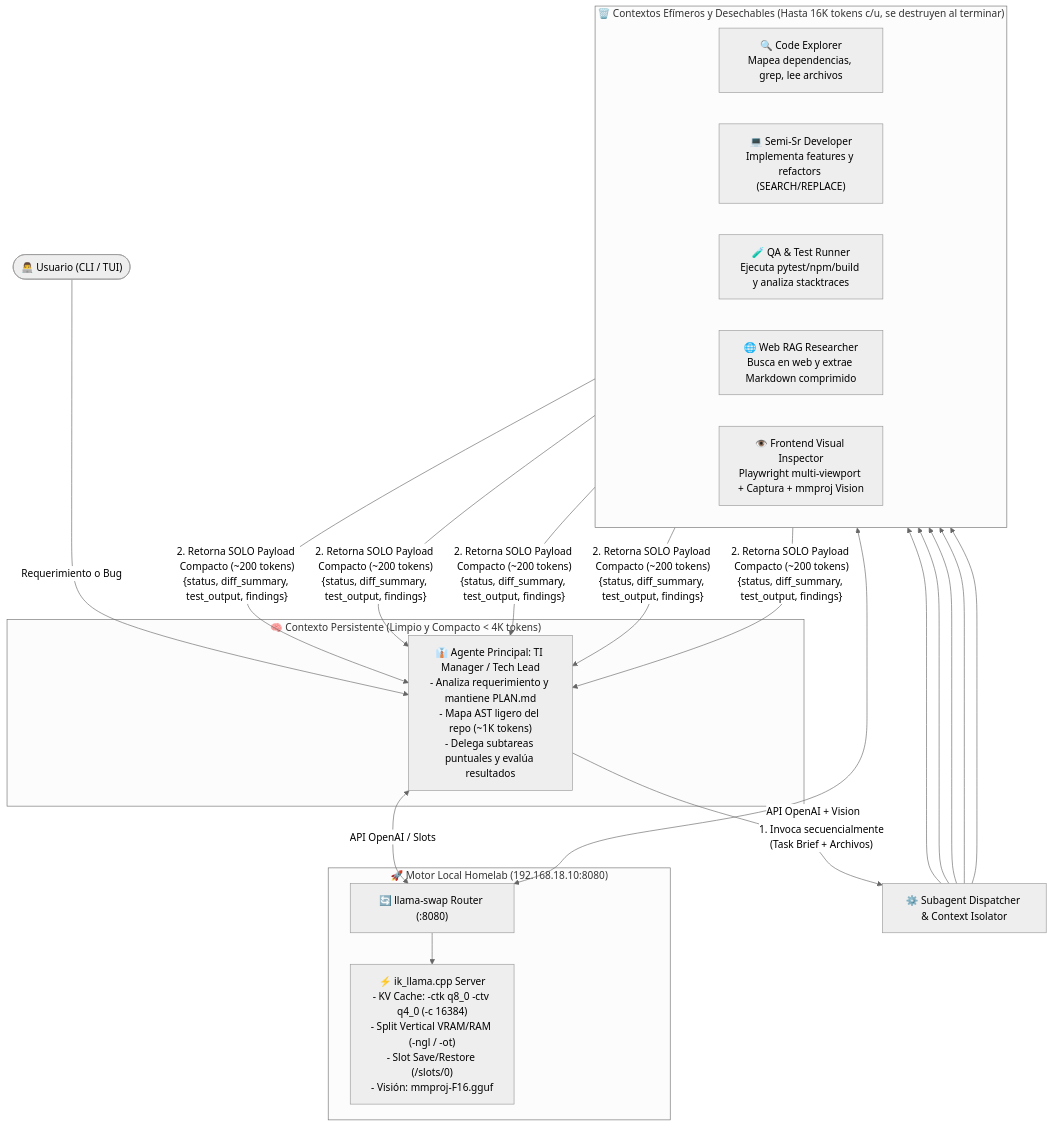
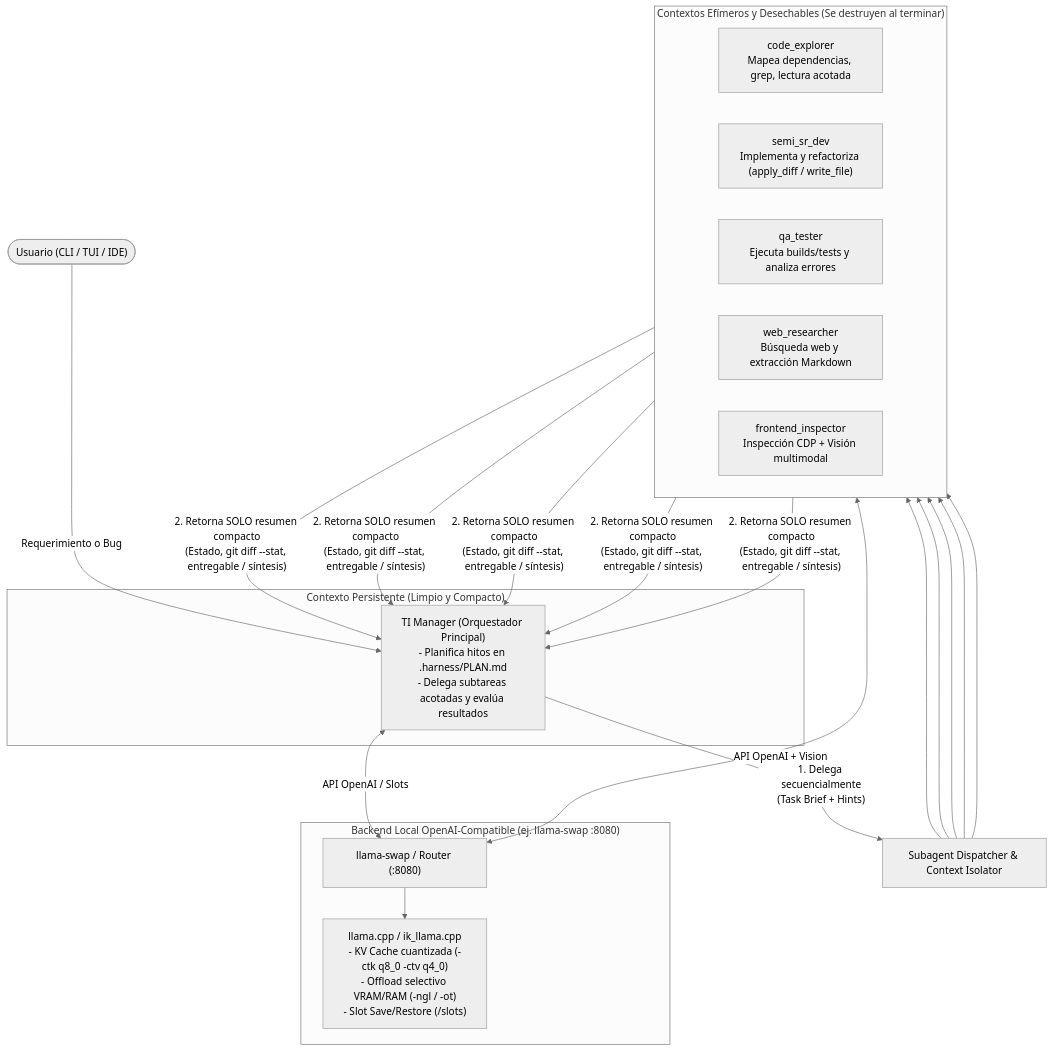
The first of 3 diagrams in README.md (kevinaxelerazo/opened_ai), drawn with Mermaid (neutral theme) before and after one commit. The commit also changed other lines of this file and 10 other files, not shown here.

Commit message:
feat: Harness stability guards, multi-diff, and also clean README

````diff
--- a/README.md
+++ b/README.md
@@ -46,34 +50,34 @@
 ```mermaid
 flowchart TD
-    User(["👨‍💻 Usuario (CLI / TUI)"]) -->|"Requerimiento o Bug"| TIManager
+    User(["Usuario (CLI / TUI / IDE)"]) -->|"Requerimiento o Bug"| TIManager
 
-    subgraph PersistentContext["🧠 Contexto Persistente (Limpio y Compacto < 4K tokens)"]
-        TIManager["👔 Agente Principal: TI Manager / Tech Lead<br/>- Analiza requerimiento y mantiene PLAN.md<br/>- Mapa AST ligero del repo (~1K tokens)<br/>- Delega subtareas puntuales y evalúa resultados"]
+    subgraph PersistentContext["Contexto Persistente (Limpio y Compacto)"]
+        TIManager["TI Manager (Orquestador Principal)<br/>- Planifica hitos en .harness/PLAN.md<br/>- Delega subtareas acotadas y evalúa resultados"]
     end
 
-    TIManager -->|"1. Invoca secuencialmente<br/>(Task Brief + Archivos)"| Dispatcher["⚙️ Subagent Dispatcher & Context Isolator"]
+    TIManager -->|"1. Delega secuencialmente<br/>(Task Brief + Hints)"| Dispatcher["Subagent Dispatcher & Context Isolator"]
 
-    subgraph DisposableContexts["🗑️ Contextos Efímeros y Desechables (Hasta 16K tokens c/u, se destruyen al terminar)"]
+    subgraph DisposableContexts["Contextos Efímeros y Desechables (Se destruyen al terminar)"]
         direction LR
-        Explorer["🔍 Code Explorer<br/>Mapea dependencias, grep, lee archivos"]
-        Dev["💻 Semi-Sr Developer<br/>Implementa features y refactors (SEARCH/REPLACE)"]
-        QA["🧪 QA & Test Runner<br/>Ejecuta pytest/npm/build y analiza stacktraces"]
-        WebRAG["🌐 Web RAG Researcher<br/>Busca en web y extrae Markdown comprimido"]
-        VisionUI["👁️ Frontend Visual Inspector<br/>Playwright multi-viewport + Captura + mmproj Vision"]
+        Explorer["code_explorer<br/>Mapea dependencias, grep, lectura acotada"]
+        Dev["semi_sr_dev<br/>Implementa y refactoriza (apply_diff / write_file)"]
+        QA["qa_tester<br/>Ejecuta builds/tests y analiza errores"]
+        WebRAG["web_researcher<br/>Búsqueda web y extracción Markdown"]
+        VisionUI["frontend_inspector<br/>Inspección CDP + Visión multimodal"]
     end
 
     Dispatcher --> Explorer
     Dispatcher --> Dev
     Dispatcher --> QA
     Dispatcher --> WebRAG
     Dispatcher --> VisionUI
 
-    Explorer & Dev & QA & WebRAG & VisionUI -->|"2. Retorna SOLO Payload Compacto (~200 tokens)<br/>{status, diff_summary, test_output, findings}"| TIManager
+    Explorer & Dev & QA & WebRAG & VisionUI -->|"2. Retorna SOLO resumen compacto<br/>(Estado, git diff --stat, entregable / síntesis)"| TIManager
 
-    subgraph HomelabEngine["🚀 Motor Local Homelab (192.168.18.10:8080)"]
-        LlamaSwap["🔄 llama-swap Router (:8080)"] --> IkLlama["⚡ ik_llama.cpp Server<br/>- KV Cache: -ctk q8_0 -ctv q4_0 (-c 16384)<br/>- Split Vertical VRAM/RAM (-ngl / -ot)<br/>- Slot Save/Restore (/slots/0)<br/>- Visión: mmproj-F16.gguf"]
+    subgraph LocalEngine["Backend Local OpenAI-Compatible (ej. llama-swap :8080)"]
+        LlamaSwap["llama-swap / Router (:8080)"] --> LlamaServer["llama.cpp / ik_llama.cpp<br/>- KV Cache cuantizada (-ctk q8_0 -ctv q4_0)<br/>- Offload selectivo VRAM/RAM (-ngl / -ot)<br/>- Slot Save/Restore (/slots)"]
     end
 
     TIManager <-->|"API OpenAI / Slots"| LlamaSwap
     DisposableContexts <-->|"API OpenAI + Vision"| LlamaSwap
 ```
````
